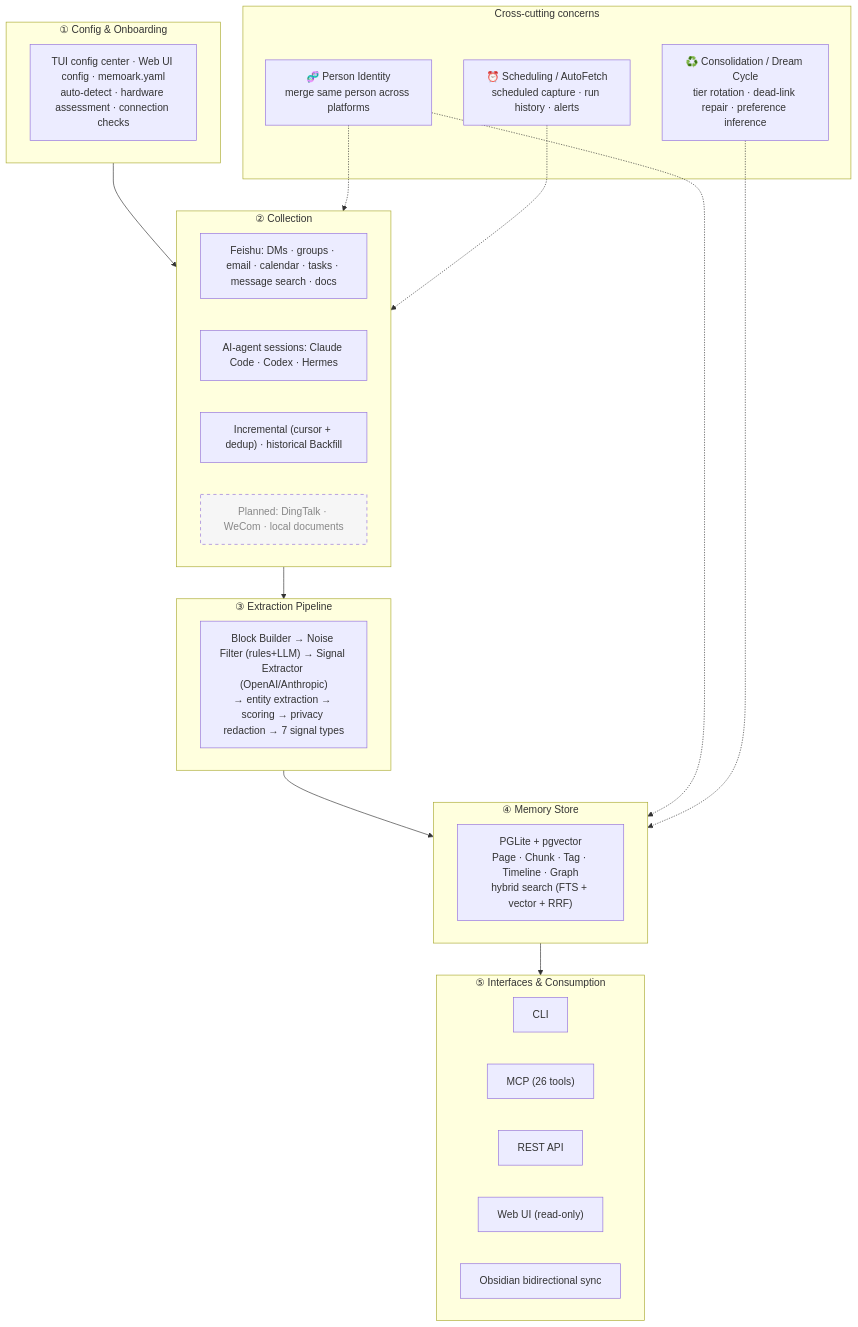
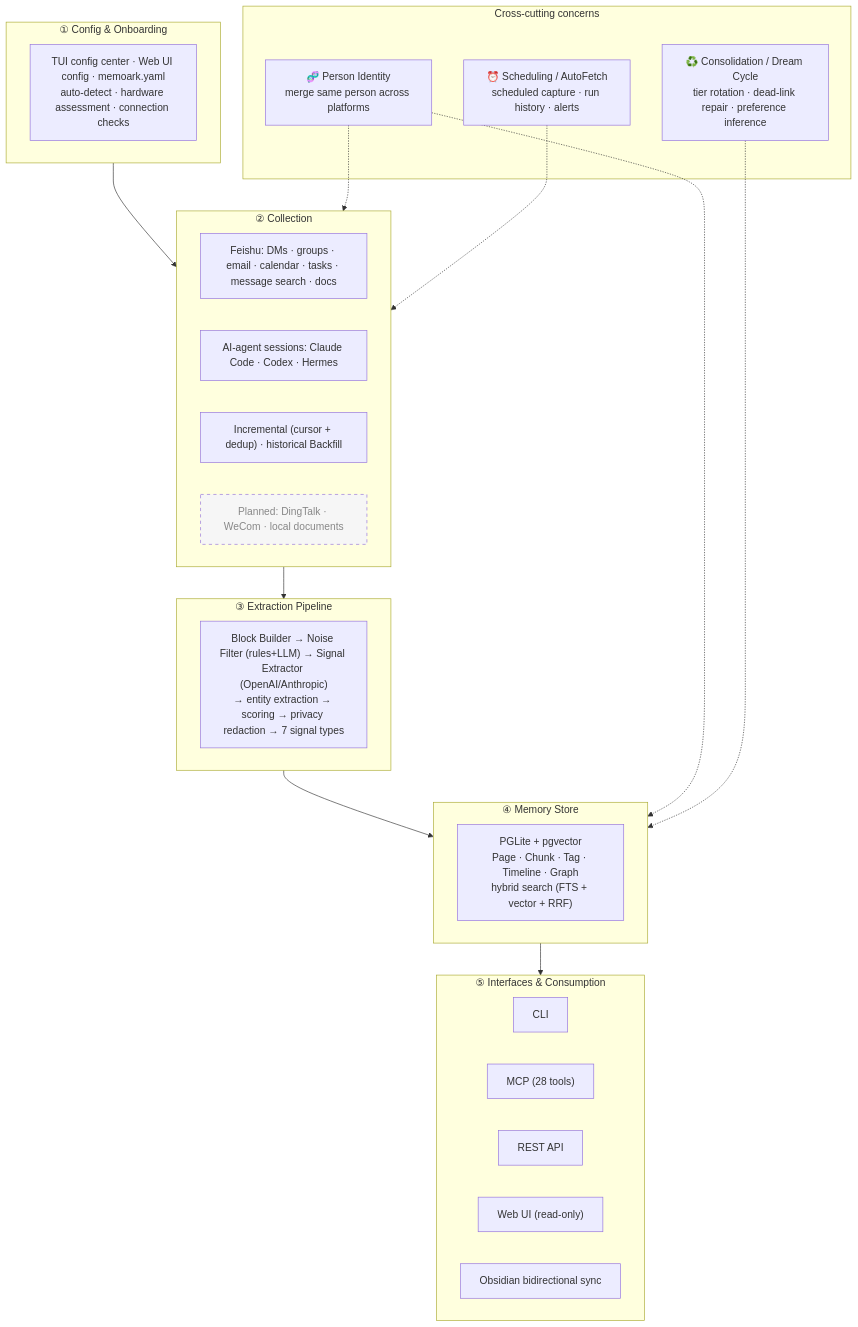
Before and after one commit to AndreLYL/memkin: the diagram in README.en.md, drawn with Mermaid. The commit also changed other lines of this file and 1 other file, not shown here.

Commit message:
docs(readme): add synthesize/recall to tools + roadmap

````diff
--- a/README.en.md
+++ b/README.en.md
@@ -404,40 +404,40 @@
 ```mermaid
 flowchart TB
   subgraph L1["① Config & Onboarding"]
     cfg["TUI config center · Web UI config · memoark.yaml<br/>auto-detect · hardware assessment · connection checks"]
   end
   subgraph L2["② Collection"]
     feishu["Feishu: DMs · groups · email · calendar · tasks · message search · docs"]
     agent["AI-agent sessions: Claude Code · Codex · Hermes"]
     inc["Incremental (cursor + dedup) · historical Backfill"]
     planned1["Planned: DingTalk · WeCom · local documents"]:::planned
   end
   subgraph L3["③ Extraction Pipeline"]
     pipe["Block Builder → Noise Filter (rules+LLM) → Signal Extractor (OpenAI/Anthropic)<br/>→ entity extraction → scoring → privacy redaction → 7 signal types"]
   end
   subgraph L4["④ Memory Store"]
     store["PGLite + pgvector<br/>Page · Chunk · Tag · Timeline · Graph<br/>hybrid search (FTS + vector + RRF)"]
   end
   subgraph L5["⑤ Interfaces & Consumption"]
     cli["CLI"]
-    mcp["MCP (26 tools)"]
+    mcp["MCP (28 tools)"]
     rest["REST API"]
     web["Web UI (read-only)"]
     obs["Obsidian bidirectional sync"]
   end
 
   L1 --> L2 --> L3 --> L4 --> L5
 
   subgraph X["Cross-cutting concerns"]
     id["🧬 Person Identity<br/>merge same person across platforms"]
     cons["♻️ Consolidation / Dream Cycle<br/>tier rotation · dead-link repair · preference inference"]
     sched["⏰ Scheduling / AutoFetch<br/>scheduled capture · run history · alerts"]
   end
 
   id -.-> L2
   id -.-> L4
   cons -.-> L4
   sched -.-> L2
 
   classDef planned stroke-dasharray: 5 5,fill:#f6f6f6,color:#888;
 ```
````
